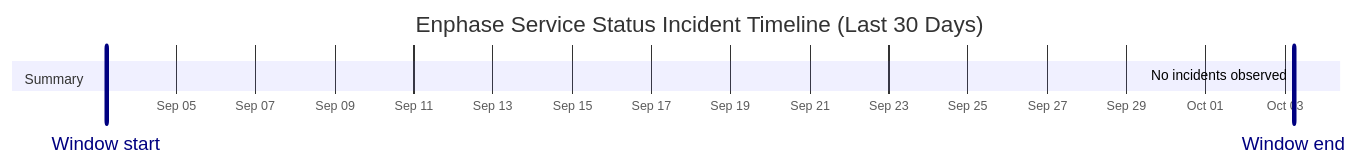
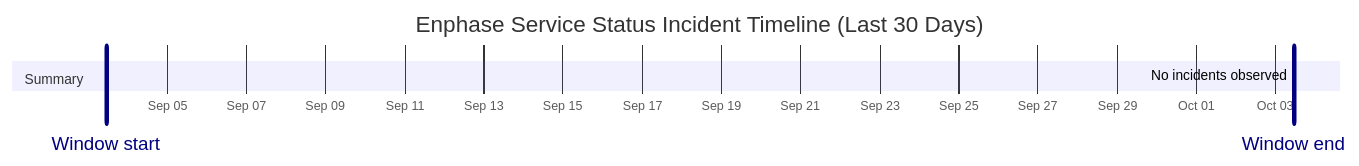
The diagram in wiki/Service-Status-History.md (barneyonline/ha-enphase-energy), drawn with Mermaid before and after one commit. The commit also changed other lines of this file and 3 other files, not shown here.

````diff
--- a/wiki/Service-Status-History.md
+++ b/wiki/Service-Status-History.md
@@ -14,10 +14,10 @@
 ```mermaid
 gantt
     title Enphase Service Status Incident Timeline (Last 30 Days)
     dateFormat  YYYY-MM-DDTHH:mm:ss
     axisFormat  %b %d
-    Window start :vert, window-start, 2026-09-03T05:34:12, 0ms
-    Window end :vert, window-end, 2026-10-03T05:34:12, 0ms
+    Window start :vert, window-start, 2026-09-03T11:08:01, 0ms
+    Window end :vert, window-end, 2026-10-03T11:08:01, 0ms
     section Summary
-    No incidents observed :done, 2026-10-03T05:34:12, 1m
+    No incidents observed :done, 2026-10-03T11:08:01, 1m
 ```
````
